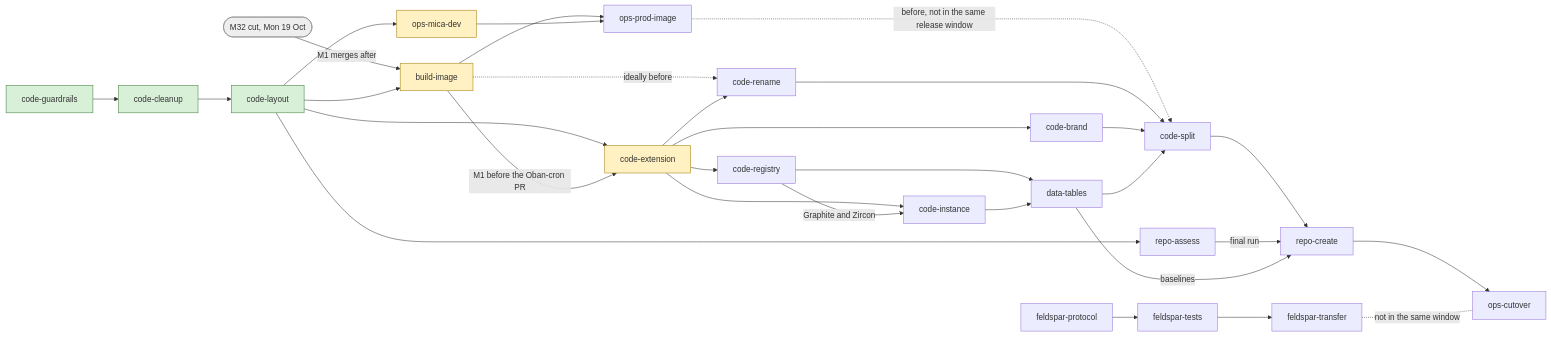
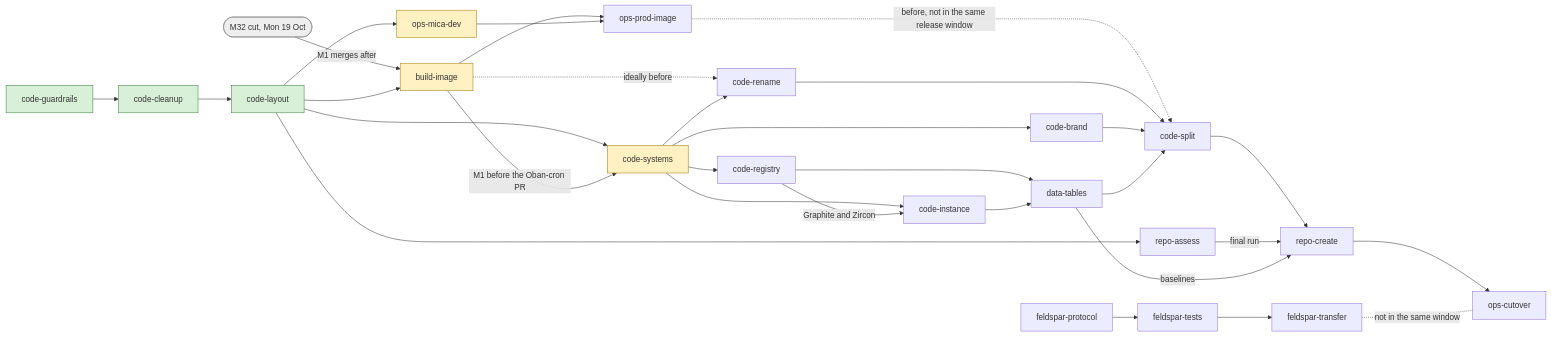
One commit to eyra/mono changed the diagram in docs/nova-migration/plan.md. Above: the diagram before and after it, drawn with Mermaid. The commit also changed other lines of this file and 5 other files, not shown here.

First line of the commit message:
Rename step code-extension to code-systems with Core.System and Core.SaaS

````diff
--- a/docs/nova-migration/plan.md
+++ b/docs/nova-migration/plan.md
@@ -52,39 +53,39 @@
 ```mermaid
 flowchart LR
   classDef done fill:#d8f0d8,stroke:#3a7d3a
   classDef next fill:#fff1c2,stroke:#a07800
   classDef milestone fill:#eeeeee,stroke:#888888
 
   code_guardrails[code-guardrails]:::done --> code_cleanup[code-cleanup]:::done --> code_layout[code-layout]:::done
 
   m32([M32 cut, Mon 19 Oct]):::milestone -->|M1 merges after| build_image
   code_layout --> build_image[build-image]:::next
   code_layout --> ops_mica_dev[ops-mica-dev]:::next
-  code_layout --> code_extension[code-extension]:::next
+  code_layout --> code_systems[code-systems]:::next
   code_layout --> repo_assess[repo-assess]
 
-  build_image -->|M1 before the Oban-cron PR| code_extension
+  build_image -->|M1 before the Oban-cron PR| code_systems
   build_image -.->|ideally before| code_rename
   build_image --> ops_prod_image[ops-prod-image]
   ops_mica_dev --> ops_prod_image
   ops_prod_image -.->|before, not in the same release window| code_split
 
-  code_extension --> code_rename[code-rename]
-  code_extension --> code_brand[code-brand]
-  code_extension --> code_registry[code-registry]
-  code_extension --> code_instance[code-instance]
+  code_systems --> code_rename[code-rename]
+  code_systems --> code_brand[code-brand]
+  code_systems --> code_registry[code-registry]
+  code_systems --> code_instance[code-instance]
   code_registry -->|Graphite and Zircon| code_instance
   code_registry --> data_tables[data-tables]
   code_instance --> data_tables
 
   code_rename --> code_split[code-split]
   code_brand --> code_split
   data_tables --> code_split
   code_split --> repo_create[repo-create]
   repo_assess -->|final run| repo_create
   data_tables -->|baselines| repo_create
   repo_create --> ops_cutover[ops-cutover]
 
   feldspar_protocol[feldspar-protocol] --> feldspar_tests[feldspar-tests] --> feldspar_transfer[feldspar-transfer]
   feldspar_transfer -.-|not in the same window| ops_cutover
 ```
````
